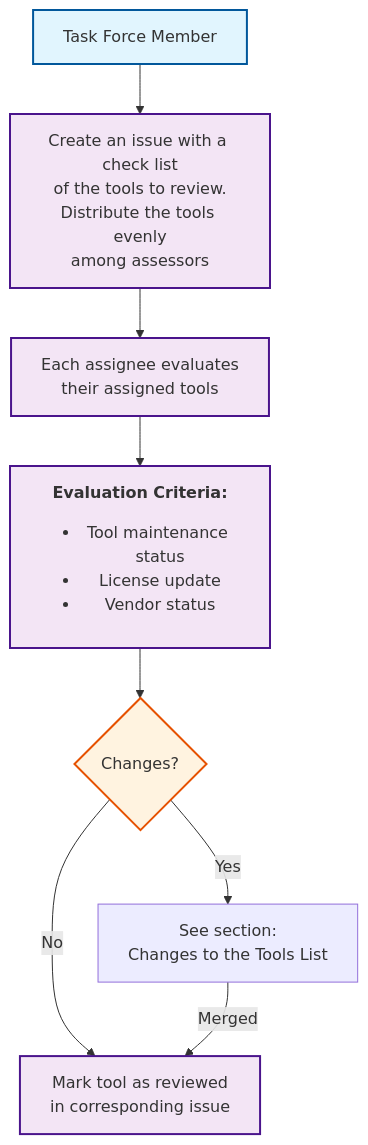
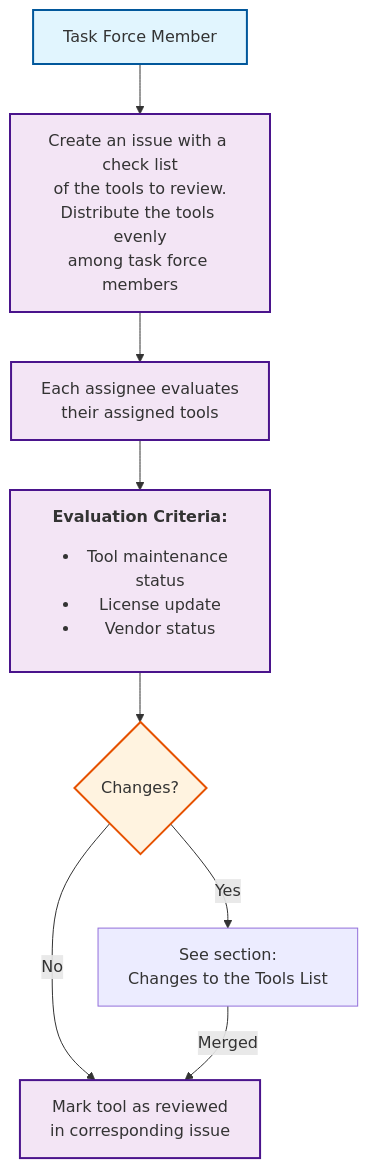
One commit to rustfoundation/safety-critical-rust-consortium changed the third of 4 diagrams in arewesafetycriticalyet.org/docs/tooling/rfc-tools-review.md. Above: the diagram before and after it, drawn with Mermaid.

````diff
--- a/arewesafetycriticalyet.org/docs/tooling/rfc-tools-review.md
+++ b/arewesafetycriticalyet.org/docs/tooling/rfc-tools-review.md
@@ -102,20 +102,20 @@
 ```mermaid
 flowchart TD
     %% Review Complete List Phase - Once a year
-    C1[Task Force Member] --> C2[Create an issue with a check list<br/>of the tools to review.<br/>Distribute the tools evenly<br/>among assessors]
+    C1[Task Force Member] --> C2[Create an issue with a check list<br/>of the tools to review.<br/>Distribute the tools evenly<br/>among task force members]
     C2 --> C3[Each assignee evaluates<br/>their assigned tools]
     C3 --> C4[<strong>Evaluation Criteria:</strong><ul><li>Tool maintenance status</li><li>License update</li><li>Vendor status</li></ul>]
     C4 --> C5{Changes?}
     C5 --> |Yes| C7[See section:<br/>Changes to the Tools List]
     C5 --> |No| C6[Mark tool as reviewed<br/>in corresponding issue]
     C7 --> |Merged| C6
 
     %% Styling
     classDef actor fill:#e1f5fe,stroke:#01579b,stroke-width:2px
     classDef process fill:#f3e5f5,stroke:#4a148c,stroke-width:2px
     classDef decision fill:#fff3e0,stroke:#e65100,stroke-width:2px
     
     class C1 actor
     class C5 decision
     class C2,C3,C4,C6 process
 ```
````
